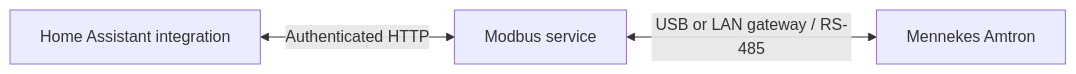
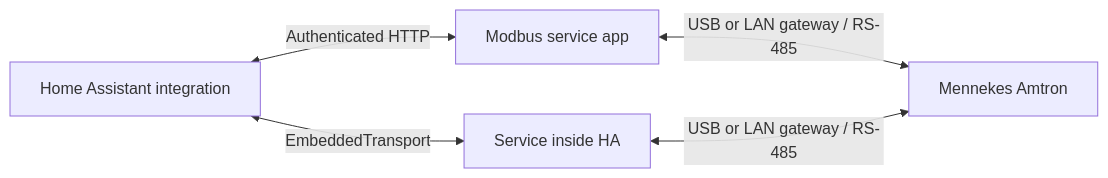
Before and after one commit to memphi2/ha-mennekes-amtron: the diagram in docs/architecture.md, drawn with Mermaid. The commit also changed other lines of this file and 182 other files, not shown here.

````diff
--- a/docs/architecture.md
+++ b/docs/architecture.md
@@ -24,5 +34,7 @@
 ```mermaid
 flowchart LR
-    HA[Home Assistant integration] <-->|Authenticated HTTP| Service[Modbus service]
+    HA[Home Assistant integration] <-->|Authenticated HTTP| Service[Modbus service app]
+    HA <-->|EmbeddedTransport| Embedded[Service inside HA]
     Service <-->|USB or LAN gateway / RS-485| Wallbox[Mennekes Amtron]
+    Embedded <-->|USB or LAN gateway / RS-485| Wallbox
 ```
````
